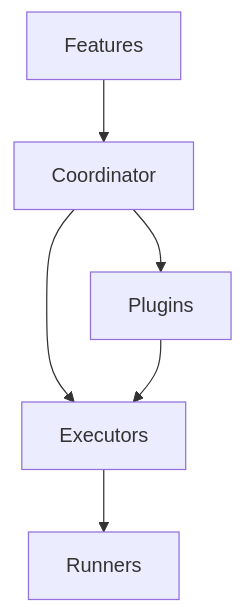
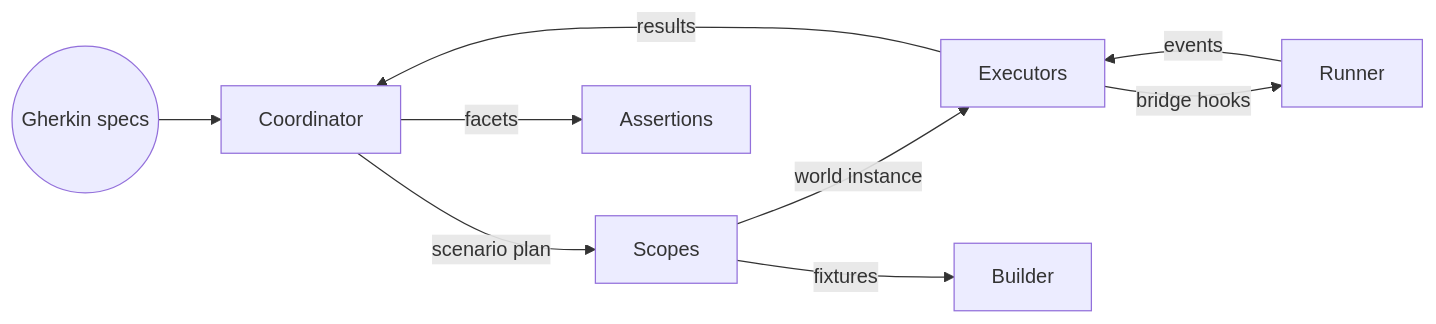
Before and after one commit to Bendat/autometa: the diagram in documentation/website/docs/architecture/runtime.md, drawn with Mermaid. The commit also changed other lines of this file and 7 other files, not shown here.

````diff
--- a/documentation/website/docs/architecture/runtime.md
+++ b/documentation/website/docs/architecture/runtime.md
@@ -13,8 +16,11 @@
 ```mermaid
-graph TD
-    Features --> Coordinator
-    Coordinator --> Executors
-    Executors --> Runners
-    Coordinator --> Plugins
-    Plugins --> Executors
+flowchart LR
+    Features((Gherkin specs)) --> Coordinator
+    Coordinator --> |scenario plan| Scopes
+    Scopes --> |world instance| Executors
+    Executors --> |bridge hooks| Runner
+    Runner --> |events| Executors
+    Executors --> |results| Coordinator
+    Coordinator --> |facets| Assertions
+    Scopes --> |fixtures| Builder
 ```
````
